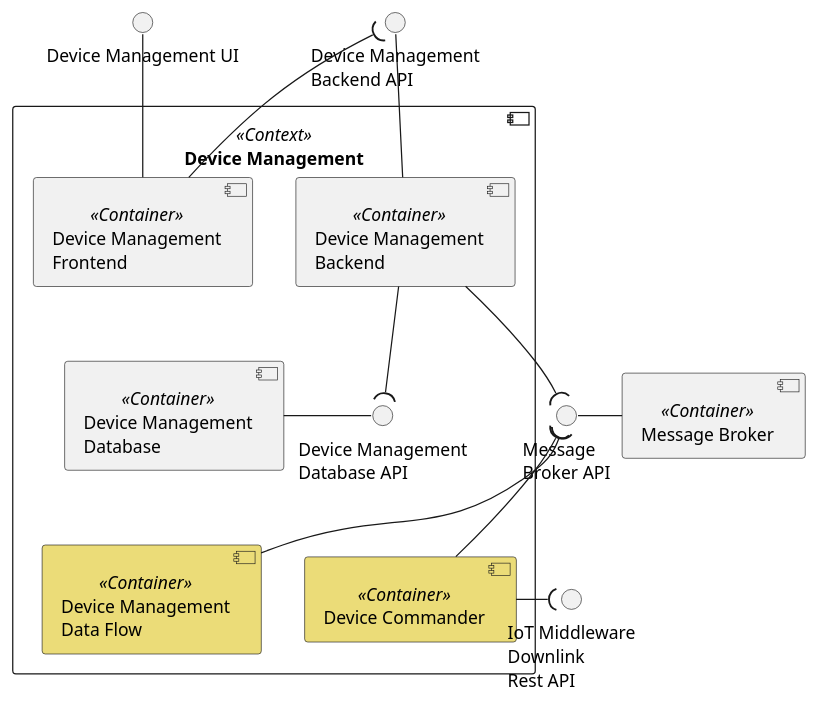
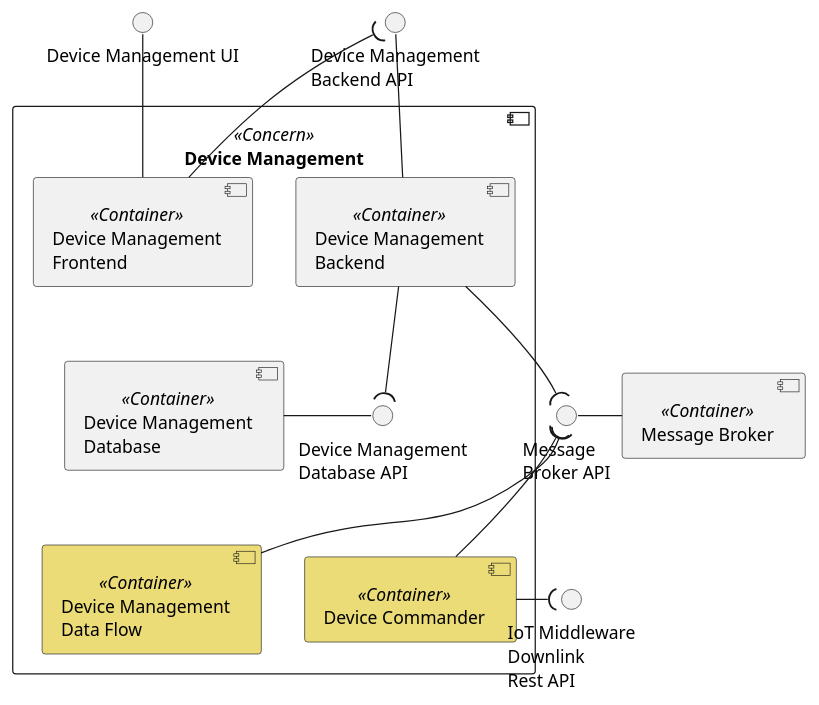
The diagram in assets/diagrams/design/architectural/level2/logical/device-management-context.pu (FilipeMCruz/dissertation), drawn with PlantUML before and after one commit. The commit also changed 264 other files, not shown here.

```diff
--- a/assets/diagrams/design/architectural/level2/logical/device-management-context.pu
+++ b/assets/diagrams/design/architectural/level2/logical/device-management-context.pu
@@ -1,40 +1,40 @@
 @startuml device-management-context
 
 interface "Device Management UI" as FRONT_API
 interface "Device Management\nBackend API" as BACK_API
 
-component "Device Management" <<Context>> {
+component "Device Management" <<Concern>> {
     component "Device Management\nBackend" <<Container>> as BACK
     component "Device Management\nFrontend" <<Container>> as FRONT
     component "Device Management\nDatabase" <<Container>> as DB
 
     interface "Device Management\nDatabase API" as DB_API
 
     DB - DB_API
     FRONT_API -- FRONT
     BACK_API -- BACK
 
     BACK --( DB_API
     FRONT --( BACK_API
 
     component "Device Management\nData Flow" <<Container>> as FLOW #ebdc78
     component "Device Commander" <<Container>> as COMM #ebdc78
 }
 
 component "Message Broker" <<Container>> as MB
 interface "Message\nBroker API" as MB_API
 interface "IoT Middleware\nDownlink\nRest API" as OUT_ENDPOINT
 
 MB_API - MB
 
 BACK --( MB_API
 
 MB_API )-- FLOW
 MB_API )-- COMM
 
 DB -[hidden]- FLOW
 FLOW -[hidden] COMM
 
 COMM -( OUT_ENDPOINT
 
 @enduml
```
